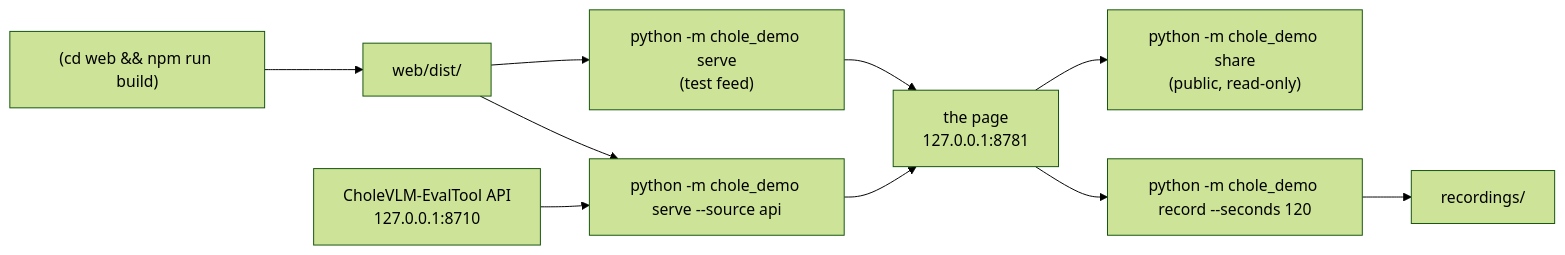
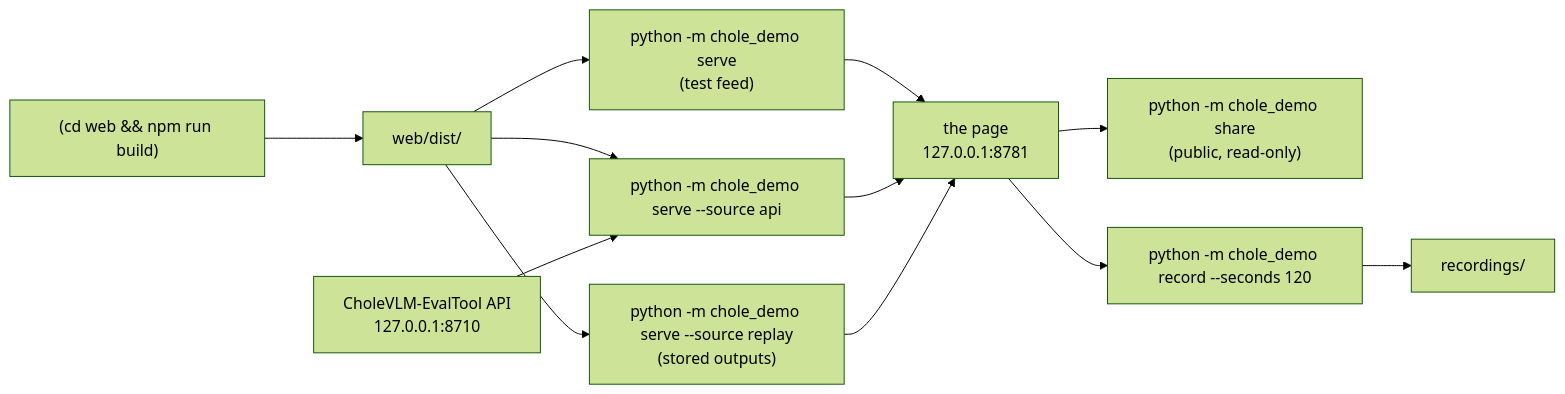
Before and after one commit to KTLin8672/CholeVLM-DemoPublic: the diagram in README.md, drawn with Mermaid (forest theme). The commit also changed other lines of this file and 9 other files, not shown here.

````diff
--- a/README.md
+++ b/README.md
@@ -13,11 +13,13 @@
 ```mermaid
 flowchart LR
   build["(cd web && npm run build)"] --> dist["web/dist/"]
   dist --> mock["python -m chole_demo serve<br/>(test feed)"]
   dist --> api["python -m chole_demo serve --source api"]
+  dist --> replay["python -m chole_demo serve --source replay<br/>(stored outputs)"]
   eval["CholeVLM-EvalTool API<br/>127.0.0.1:8710"] --> api
   mock --> page["the page<br/>127.0.0.1:8781"]
   api --> page
+  replay --> page
   page --> share["python -m chole_demo share<br/>(public, read-only)"]
   page --> record["python -m chole_demo record --seconds 120"] --> rec["recordings/"]
 ```
````
